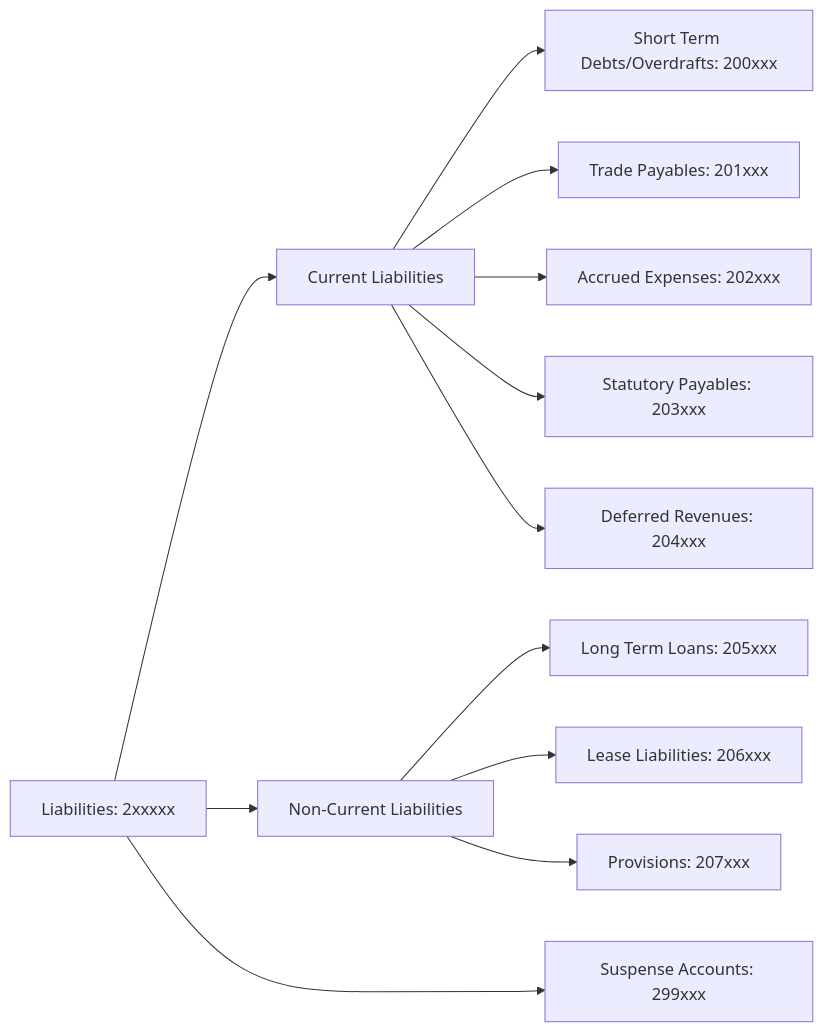
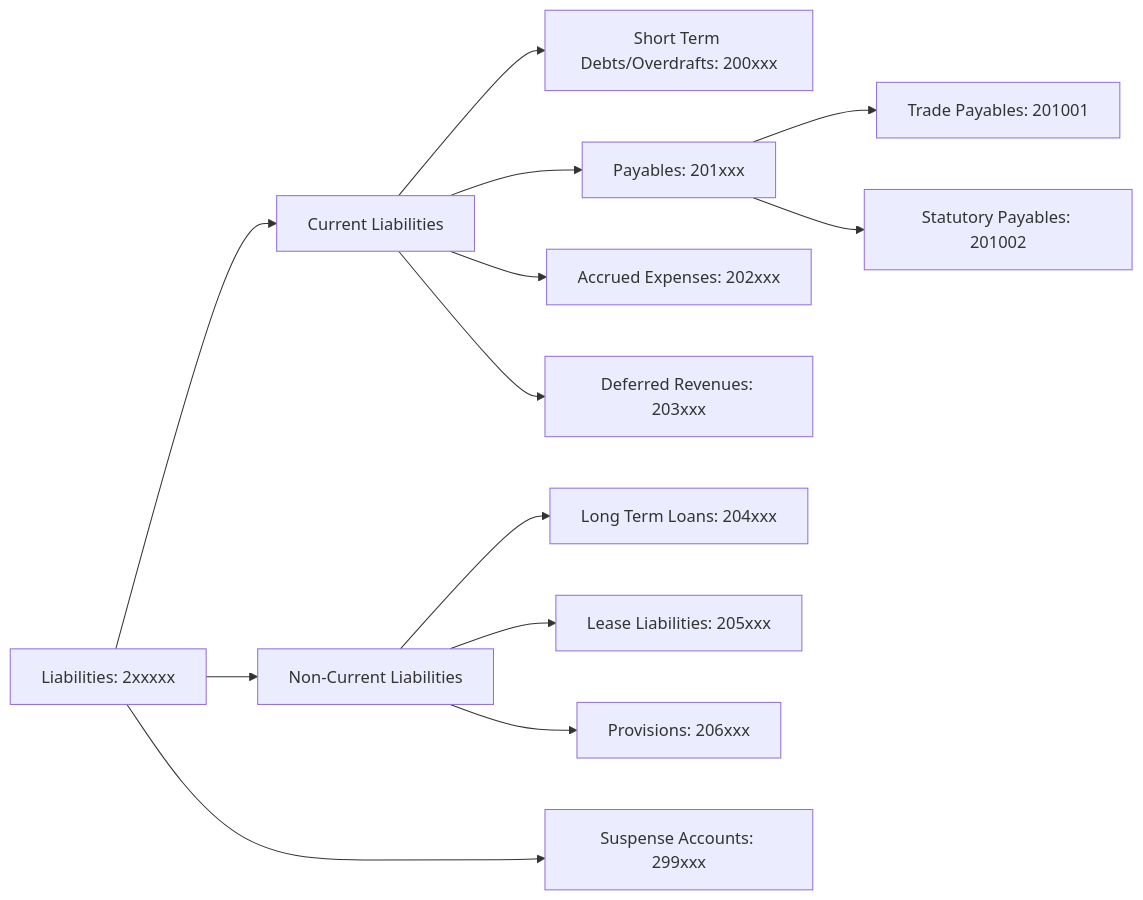
Before and after one commit to oosahon/ledgernova-core: the diagram in src/domain/accounting/__doc__/assets/coa-liabilities.mermaid, drawn with Mermaid. The commit also changed 12 other files, not shown here.

```diff
--- a/src/domain/accounting/__doc__/assets/coa-liabilities.mermaid
+++ b/src/domain/accounting/__doc__/assets/coa-liabilities.mermaid
@@ -1,21 +1,22 @@
 flowchart LR
     Liabilities["Liabilities: 2xxxxx"]
 
     Liabilities --> CLiabilities & NCLiabilities & SuspenseAccounts
 
  
     CLiabilities["Current Liabilities"]
         CLiabilities --> ShortTermDebts["Short Term Debts/Overdrafts: 200xxx"]
-        CLiabilities --> TradePayables["Trade Payables: 201xxx"]
+        CLiabilities --> Payables["Payables: 201xxx"]
+            Payables --> TradePayables["Trade Payables: 201001"]
+            Payables --> StatutoryPayables["Statutory Payables: 201002"]
         CLiabilities --> Accruals["Accrued Expenses: 202xxx"]
-        CLiabilities --> StatutoryPayables["Statutory Payables: 203xxx"]
-        CLiabilities --> DeferredRevenues["Deferred Revenues: 204xxx"]
+        CLiabilities --> DeferredRevenues["Deferred Revenues: 203xxx"]
 
     NCLiabilities["Non-Current Liabilities"]
-        NCLiabilities --> LongTermLoan["Long Term Loans: 205xxx"]
-        NCLiabilities --> LeaseLiabilities["Lease Liabilities: 206xxx"]
-        NCLiabilities --> Provisions["Provisions: 207xxx"]
+        NCLiabilities --> LongTermLoan["Long Term Loans: 204xxx"]
+        NCLiabilities --> LeaseLiabilities["Lease Liabilities: 205xxx"]
+        NCLiabilities --> Provisions["Provisions: 206xxx"]
 
 
     %% For positioning
     NCLiabilities ~~~  SuspenseAccounts["Suspense Accounts: 299xxx"]
```
